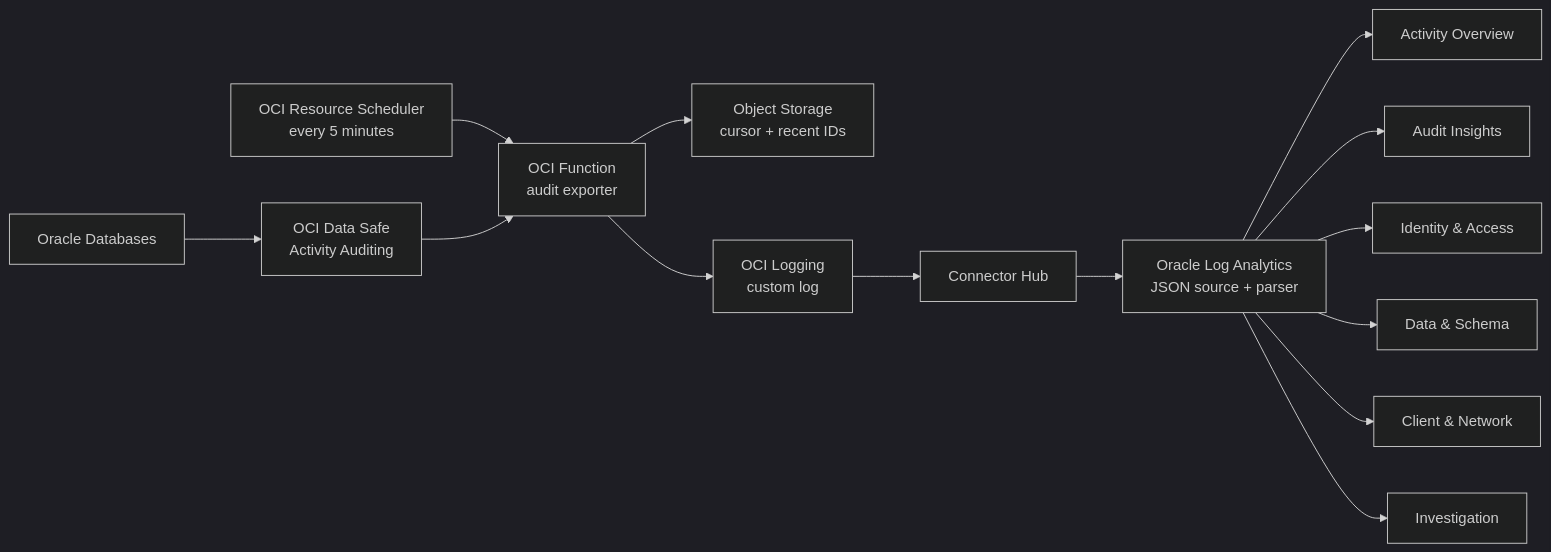
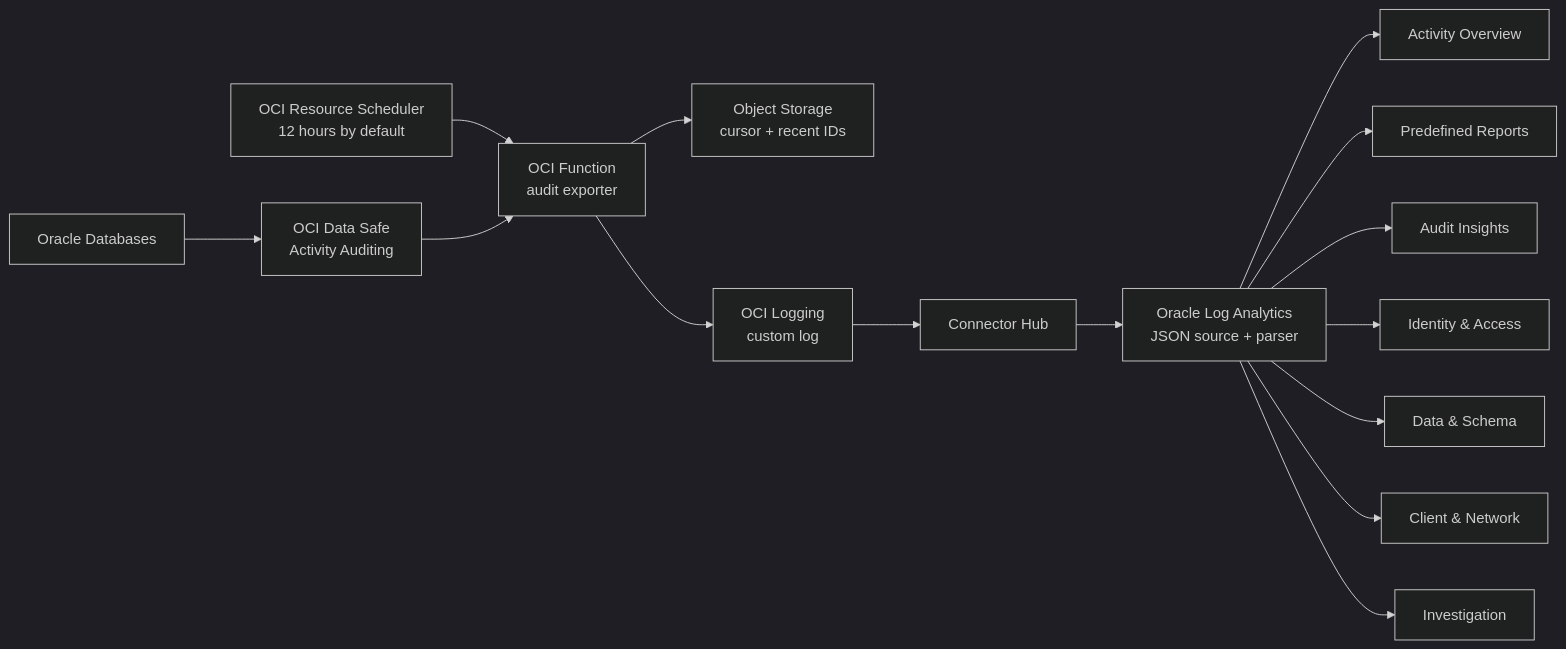
Before and after one commit to adibirzu/oci-datasafe-log-analytics-dashboards: the diagram in README.md, drawn with Mermaid (dark theme). The commit also changed other lines of this file and 45 other files, not shown here.

````diff
--- a/README.md
+++ b/README.md
@@ -34,16 +38,17 @@
 ```mermaid
 flowchart LR
     DB["Oracle Databases"] --> DS["OCI Data Safe<br/>Activity Auditing"]
-    RS["OCI Resource Scheduler<br/>every 5 minutes"] --> FN["OCI Function<br/>audit exporter"]
+    RS["OCI Resource Scheduler<br/>12 hours by default"] --> FN["OCI Function<br/>audit exporter"]
     DS --> FN
     FN --> CURSOR["Object Storage<br/>cursor + recent IDs"]
     FN --> LOG["OCI Logging<br/>custom log"]
     LOG --> SCH["Connector Hub"]
     SCH --> LA["Oracle Log Analytics<br/>JSON source + parser"]
     LA --> D1["Activity Overview"]
-    LA --> D2["Audit Insights"]
-    LA --> D3["Identity & Access"]
-    LA --> D4["Data & Schema"]
-    LA --> D5["Client & Network"]
-    LA --> D6["Investigation"]
+    LA --> D2["Predefined Reports"]
+    LA --> D3["Audit Insights"]
+    LA --> D4["Identity & Access"]
+    LA --> D5["Data & Schema"]
+    LA --> D6["Client & Network"]
+    LA --> D7["Investigation"]
 ```
````
